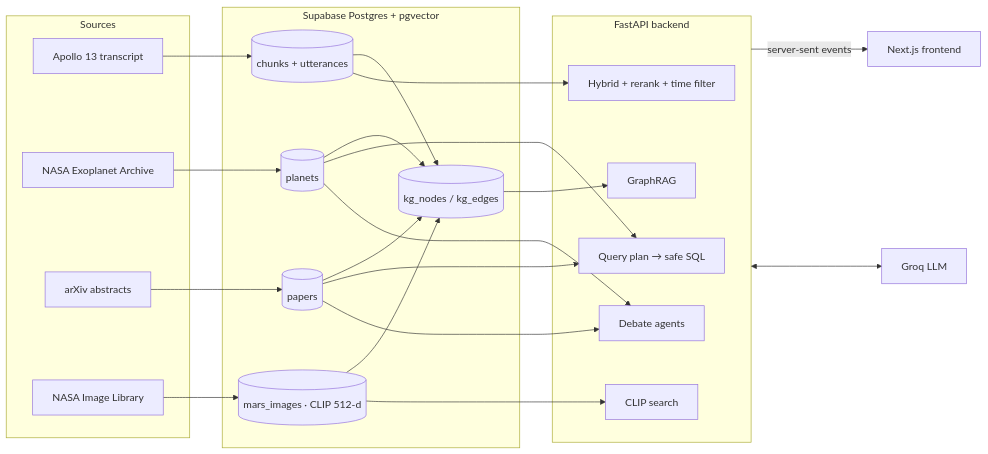
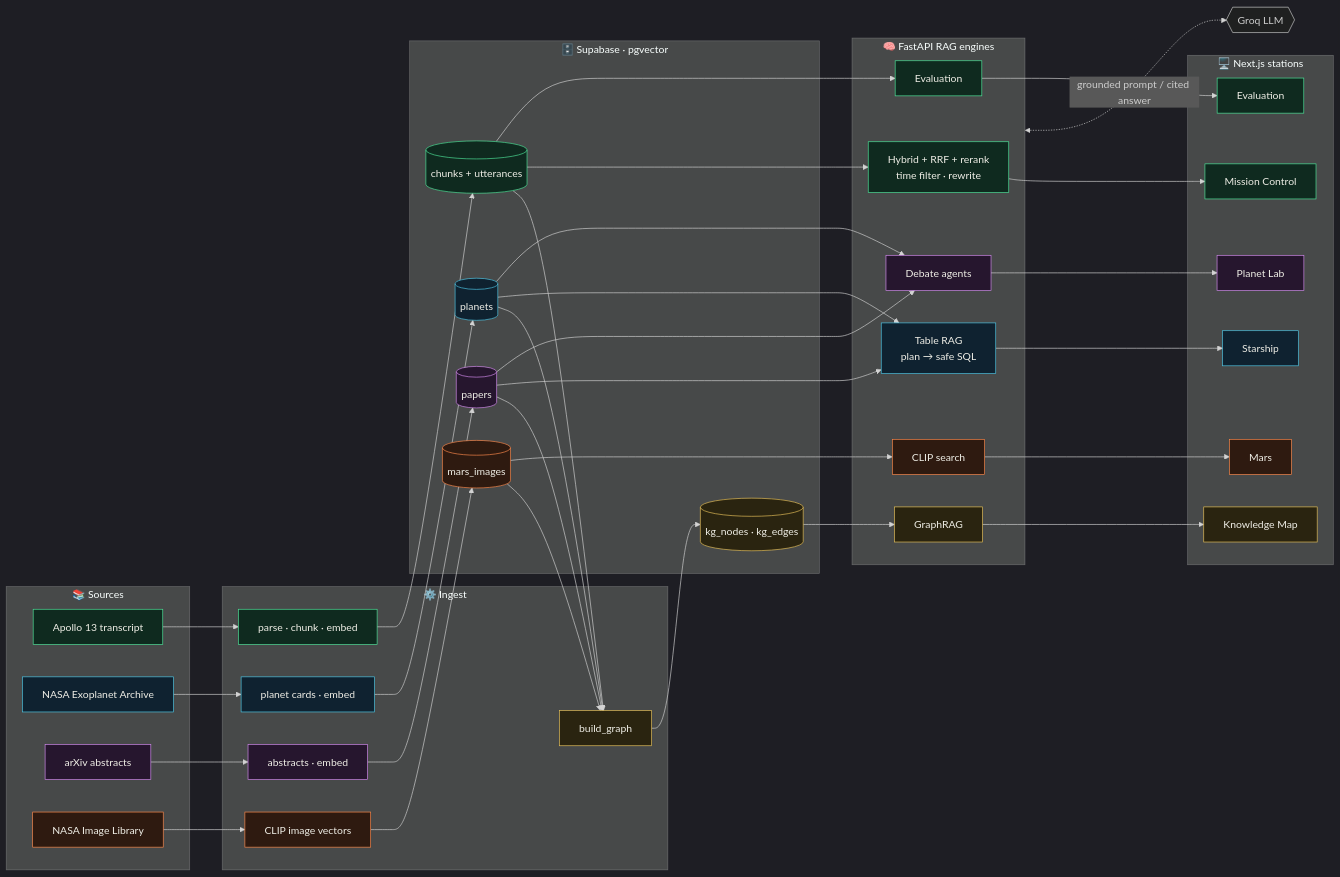
Before and after one commit to maoozgul20/odyssey: the diagram in README.md, drawn with Mermaid. The commit also changed other lines of this file and 6 other files, not shown here.

First line of the commit message:
Animated README: RAG overview, tour, architecture and evaluation

````diff
--- a/README.md
+++ b/README.md
@@ -27,34 +153,63 @@
 ```mermaid
+%%{init: {'theme':'dark'}}%%
 flowchart LR
-  subgraph Sources
+  subgraph S["📚 Sources"]
     T[Apollo 13 transcript]
     X[NASA Exoplanet Archive]
     A[arXiv abstracts]
     M[NASA Image Library]
   end
-  subgraph Supabase["Supabase Postgres + pgvector"]
+  subgraph I["⚙️ Ingest"]
+    I1[parse · chunk · embed]
+    I2[planet cards · embed]
+    I3[abstracts · embed]
+    I4[CLIP image vectors]
+    I5[build_graph]
+  end
+  subgraph D["🗄️ Supabase · pgvector"]
     C[(chunks + utterances)]
     P[(planets)]
     PA[(papers)]
-    MI[(mars_images · CLIP 512-d)]
-    G[(kg_nodes / kg_edges)]
+    MI[(mars_images)]
+    G[(kg_nodes · kg_edges)]
   end
-  T --> C
-  X --> P
-  A --> PA
-  M --> MI
-  C & P & PA & MI --> G
-  subgraph API["FastAPI backend"]
-    R1[Hybrid + rerank + time filter]
-    R2[Query plan → safe SQL]
+  subgraph E["🧠 FastAPI RAG engines"]
+    R1[Hybrid + RRF + rerank<br/>time filter · rewrite]
+    R2[Table RAG<br/>plan → safe SQL]
     R3[CLIP search]
     R4[Debate agents]
     R5[GraphRAG]
+    R6[Evaluation]
   end
-  C --> R1
-  P & PA --> R2 & R4
-  MI --> R3
-  G --> R5
-  API -- server-sent events --> F[Next.js frontend]
-  API <--> L[Groq LLM]
+  subgraph F["🖥️ Next.js stations"]
+    F1[Mission Control]
+    F2[Mars]
+    F3[Starship]
+    F4[Planet Lab]
+    F5[Knowledge Map]
+    F6[Evaluation]
+  end
+  L{{Groq LLM}}
+  classDef mc fill:#0f2a1f,stroke:#4ee59a,color:#efeee6
+  classDef sk fill:#0f2230,stroke:#4fc8e6,color:#efeee6
+  classDef vi fill:#26162e,stroke:#d58cf0,color:#efeee6
+  classDef em fill:#2e1a10,stroke:#ff8a4c,color:#efeee6
+  classDef go fill:#2a2410,stroke:#e8c25a,color:#efeee6
+  class T,I1,C,R1,F1,R6,F6 mc
+  class X,I2,P,R2,F3 sk
+  class A,I3,PA,R4,F4 vi
+  class M,I4,MI,R3,F2 em
+  class I5,G,R5,F5 go
+  T --> I1 --> C
+  X --> I2 --> P
+  A --> I3 --> PA
+  M --> I4 --> MI
+  C & P & PA & MI --> I5 --> G
+  C --> R1 --> F1
+  P & PA --> R2 --> F3
+  P & PA --> R4 --> F4
+  MI --> R3 --> F2
+  G --> R5 --> F5
+  C --> R6 --> F6
+  E <-. grounded prompt / cited answer .-> L
 ```
````
